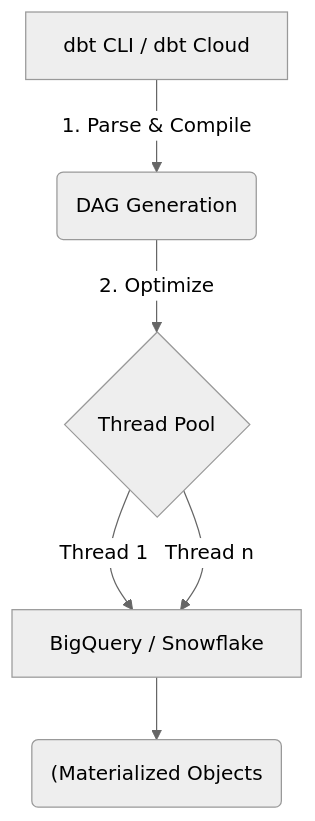
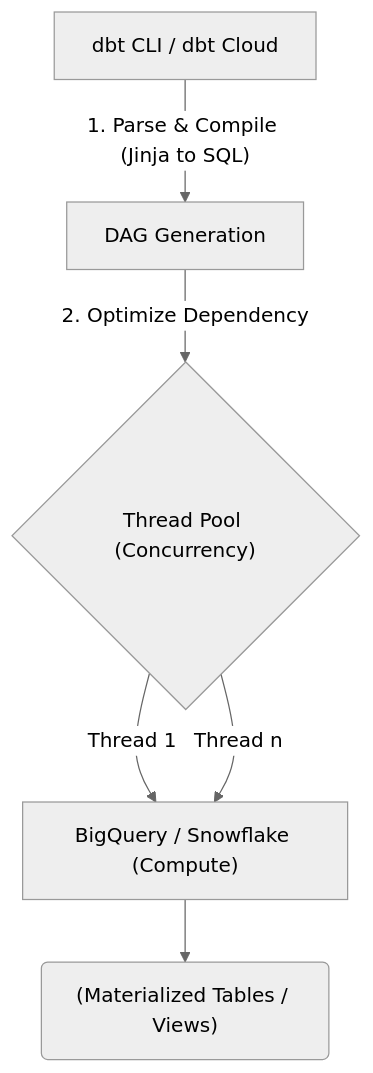
Before and after one commit to kythuatdulieu/kythuatdulieu.github.io: the diagram in src/content/docs/concepts/6-data-modeling-transformation/dbt.md, drawn with Mermaid (neutral theme). The commit also changed other lines of this file and 228 other files, not shown here.

Commit message:
Fix syntax and rewrite 200+ concepts docs to deep-dive system architecture and add GA4 tracking to quiz app

````diff
--- a/src/content/docs/concepts/6-data-modeling-transformation/dbt.md
+++ b/src/content/docs/concepts/6-data-modeling-transformation/dbt.md
@@ -26,8 +22,8 @@
 ```mermaid
 graph TD
-    A["dbt CLI / dbt Cloud"] -->|1. Parse & Compile| B("DAG Generation")
-    B -->|2. Optimize| C{"Thread Pool"}
-    C -->|Thread 1| D["BigQuery / Snowflake"]
+    A["dbt CLI / dbt Cloud"] -->|"1. Parse & Compile (Jinja to SQL)"| B["DAG Generation"]
+    B -->|2. Optimize Dependency| C{"Thread Pool (Concurrency)"}
+    C -->|Thread 1| D["BigQuery / Snowflake (Compute)"]
     C -->|Thread n| D
-    D --> E("(Materialized Objects")
+    D --> E("(Materialized Tables / Views)")
 ```
````
